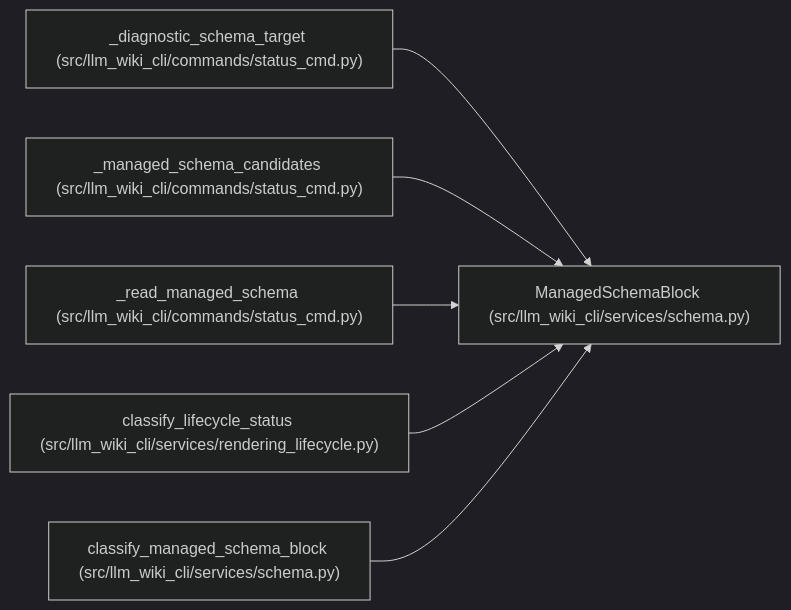
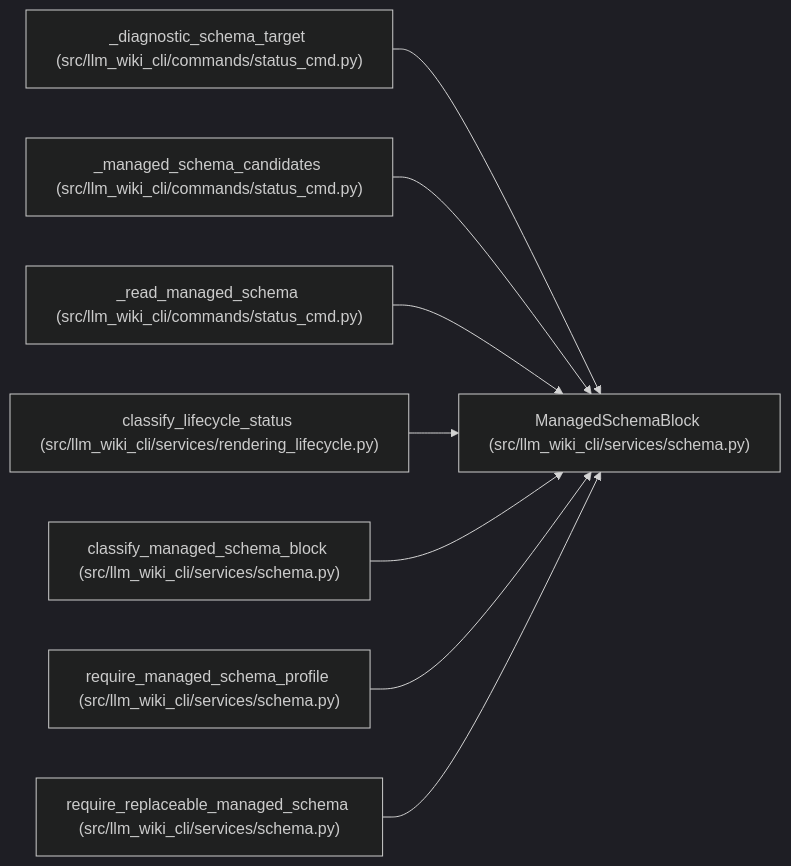
Before and after one commit to Denissvgn/python-wiki-llm: the diagram in docs/llm_wiki/entities/ManagedSchemaBlock.md, drawn with Mermaid (dark theme). The commit also changed other lines of this file and 493 other files, not shown here.

````diff
--- a/docs/llm_wiki/entities/ManagedSchemaBlock.md
+++ b/docs/llm_wiki/entities/ManagedSchemaBlock.md
@@ -30,20 +30,26 @@
 ```mermaid
 flowchart LR
     n0["ManagedSchemaBlock (src/llm_wiki_cli/services/schema.py)"]
     n1["_diagnostic_schema_target (src/llm_wiki_cli/commands/status_cmd.py)"]
     n2["_managed_schema_candidates (src/llm_wiki_cli/commands/status_cmd.py)"]
     n3["_read_managed_schema (src/llm_wiki_cli/commands/status_cmd.py)"]
     n4["classify_lifecycle_status (src/llm_wiki_cli/services/rendering_lifecycle.py)"]
     n5["classify_managed_schema_block (src/llm_wiki_cli/services/schema.py)"]
+    n6["require_managed_schema_profile (src/llm_wiki_cli/services/schema.py)"]
+    n7["require_replaceable_managed_schema (src/llm_wiki_cli/services/schema.py)"]
     n1 --> n0
     n2 --> n0
     n3 --> n0
     n4 --> n0
     n5 --> n0
+    n6 --> n0
+    n7 --> n0
     click n0 "../modules/services_schema.md"
     click n1 "../modules/status_cmd.md"
     click n2 "../modules/status_cmd.md"
     click n3 "../modules/status_cmd.md"
     click n4 "../modules/rendering_lifecycle.md"
     click n5 "../modules/services_schema.md"
+    click n6 "../modules/services_schema.md"
+    click n7 "../modules/services_schema.md"
 ```
````
